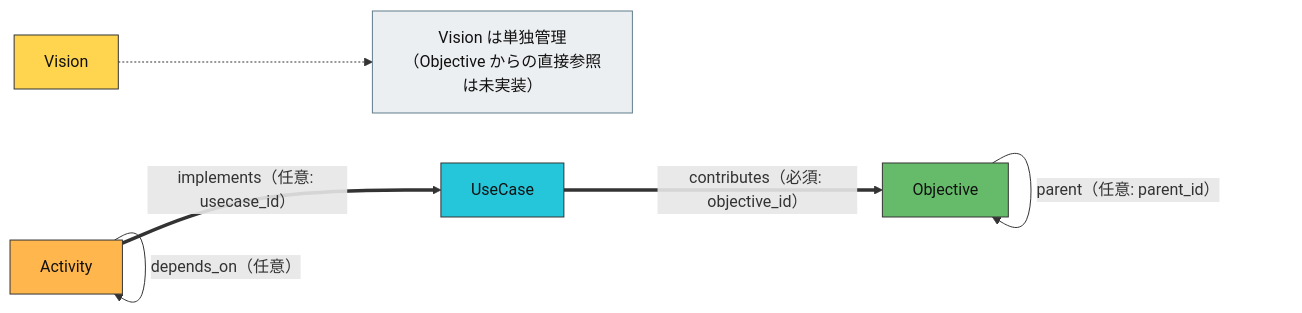
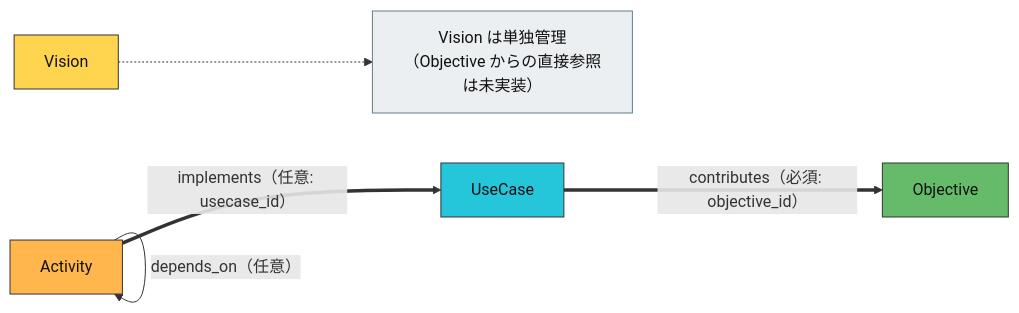
Before and after one commit to biwakonbu/zeus: the diagram in docs/system-design.md, drawn with Mermaid. The commit also changed other lines of this file and 26 other files, not shown here.

````diff
--- a/docs/system-design.md
+++ b/docs/system-design.md
@@ -55,20 +76,19 @@
 ```mermaid
 flowchart LR
   V["Vision"]:::vision
   O["Objective"]:::objective
   U["UseCase"]:::usecase
   A["Activity"]:::activity
   N["Vision は単独管理（Objective からの直接参照は未実装）"]:::note
 
   U ==>|"contributes（必須: objective_id）"| O
   A ==>|"implements（任意: usecase_id）"| U
-  O -->|"parent（任意: parent_id）"| O
   A -->|"depends_on（任意）"| A
   V -.-> N
 
   classDef vision fill:#FFD54F,stroke:#333,color:#111;
   classDef objective fill:#66BB6A,stroke:#333,color:#111;
   classDef usecase fill:#26C6DA,stroke:#333,color:#111;
   classDef activity fill:#FFB74D,stroke:#333,color:#111;
   classDef note fill:#ECEFF1,stroke:#607D8B,color:#111;
 ```
````
